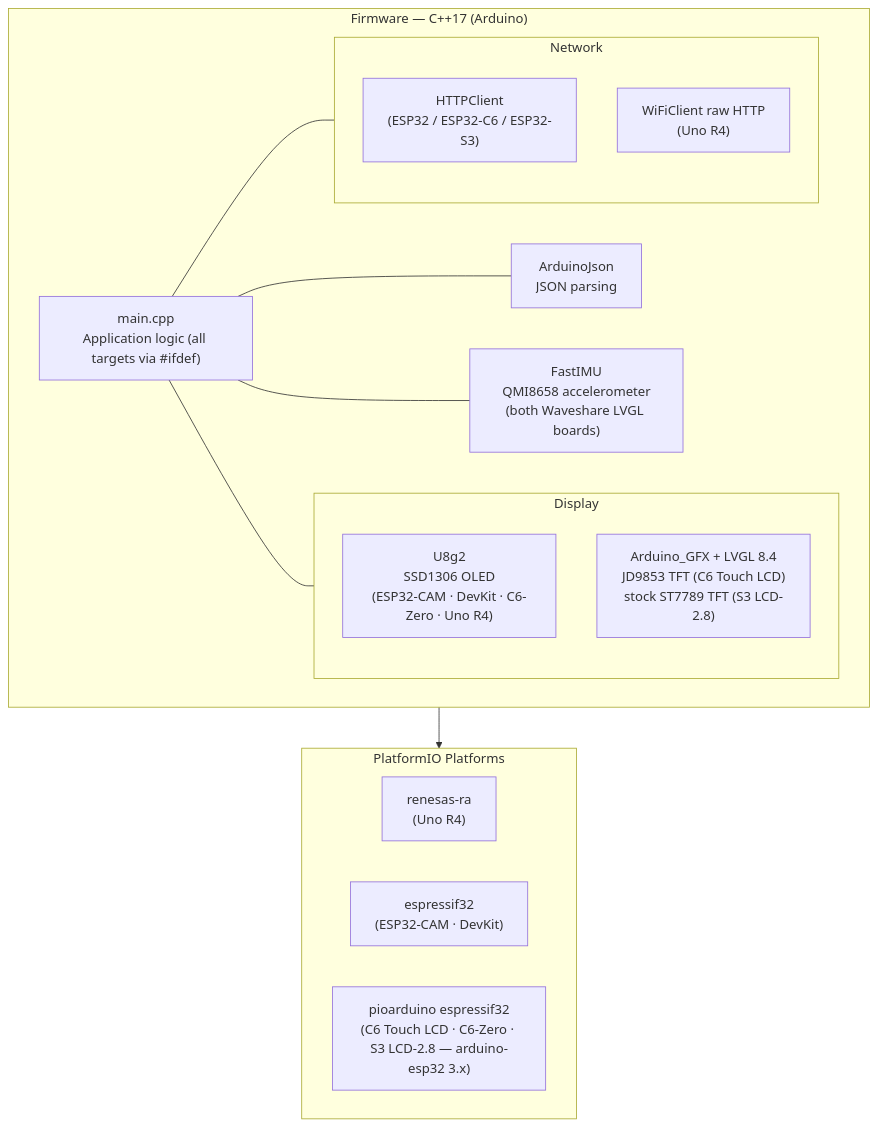
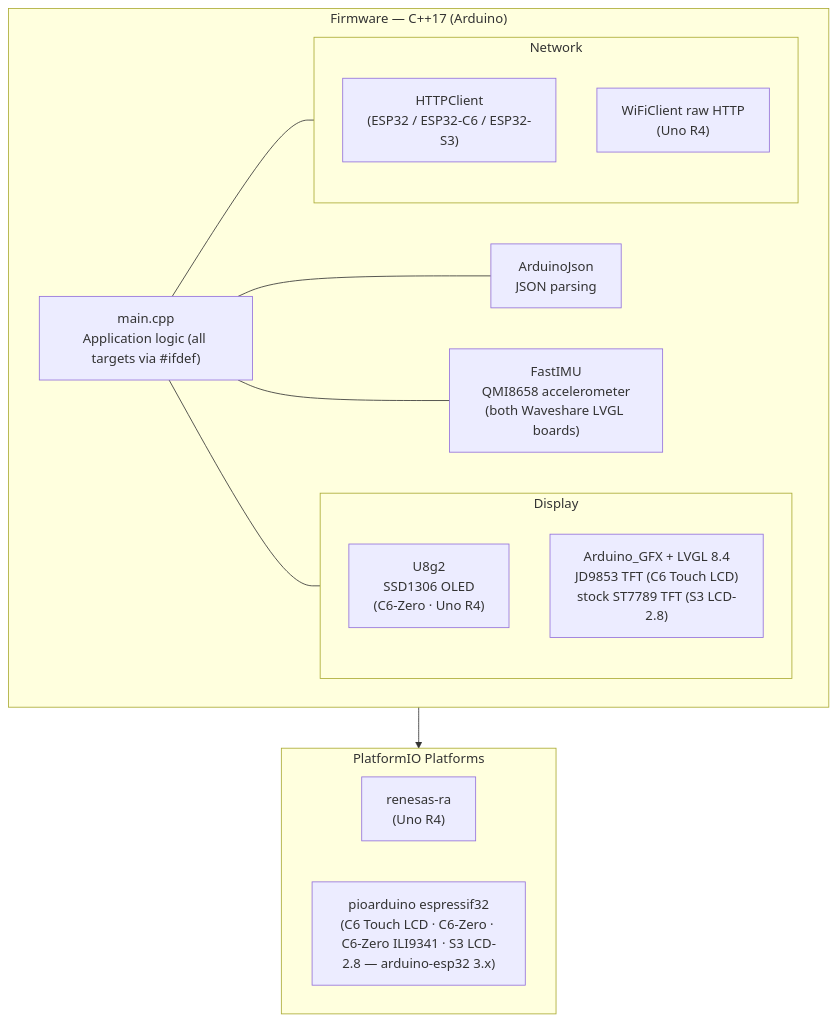
One commit to vcchstrandberg/home-hub-firmware changed the third of 4 diagrams in docs/architecture.md. Above: the diagram before and after it, drawn with Mermaid. The commit also changed other lines of this file and 11 other files, not shown here.

First line of the commit message:
v2.22: remove esp32cam/esp32dev from the fleet

````diff
--- a/docs/architecture.md
+++ b/docs/architecture.md
@@ -79,28 +77,27 @@
 ```mermaid
 flowchart TB
     subgraph fw_stack["Firmware — C++17 (Arduino)"]
         main2["main.cpp\nApplication logic (all targets via #ifdef)"]
         json["ArduinoJson\nJSON parsing"]
         subgraph display_libs["Display"]
-            u8g2["U8g2\nSSD1306 OLED\n(ESP32-CAM · DevKit · C6-Zero · Uno R4)"]
+            u8g2["U8g2\nSSD1306 OLED\n(C6-Zero · Uno R4)"]
             gfx["Arduino_GFX + LVGL 8.4\nJD9853 TFT (C6 Touch LCD)\nstock ST7789 TFT (S3 LCD-2.8)"]
         end
         subgraph net_libs["Network"]
             httpc["HTTPClient\n(ESP32 / ESP32-C6 / ESP32-S3)"]
             wificlient["WiFiClient raw HTTP\n(Uno R4)"]
         end
         imu["FastIMU\nQMI8658 accelerometer\n(both Waveshare LVGL boards)"]
         main2 --- json
         main2 --- display_libs
         main2 --- net_libs
         main2 --- imu
     end
 
     subgraph platforms["PlatformIO Platforms"]
         renesas["renesas-ra\n(Uno R4)"]
-        espressif["espressif32\n(ESP32-CAM · DevKit)"]
-        pioarduino["pioarduino espressif32\n(C6 Touch LCD · C6-Zero · S3 LCD-2.8 — arduino-esp32 3.x)"]
+        pioarduino["pioarduino espressif32\n(C6 Touch LCD · C6-Zero · C6-Zero ILI9341 · S3 LCD-2.8 — arduino-esp32 3.x)"]
     end
 
     fw_stack --> platforms
 ```
````
